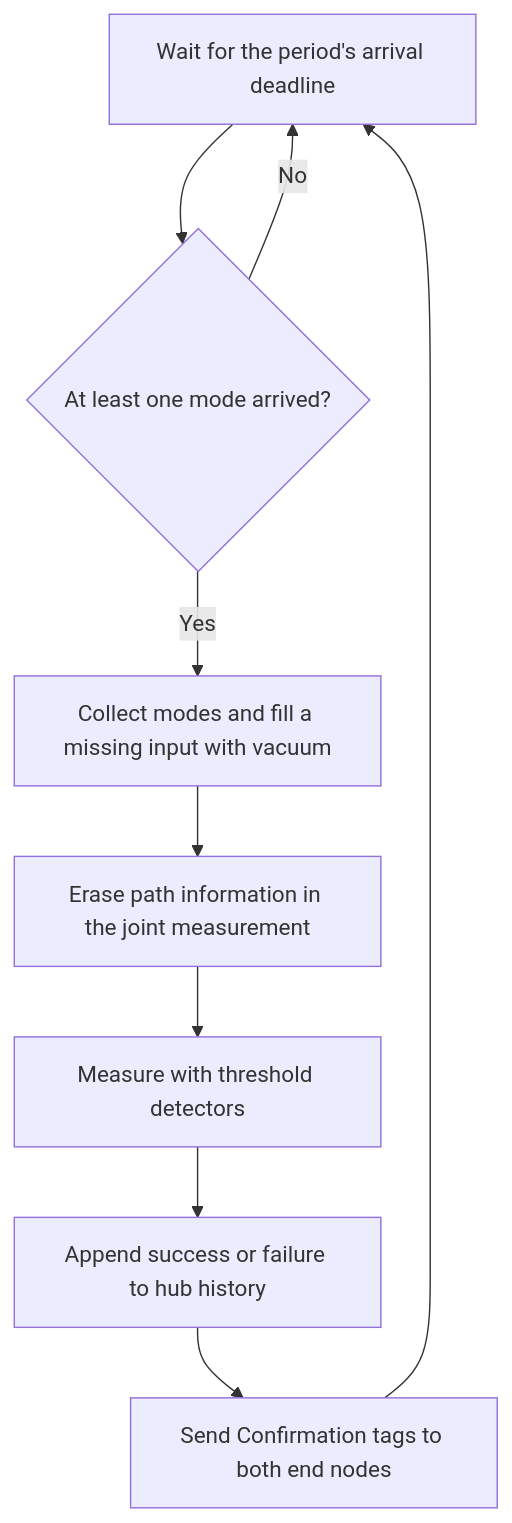
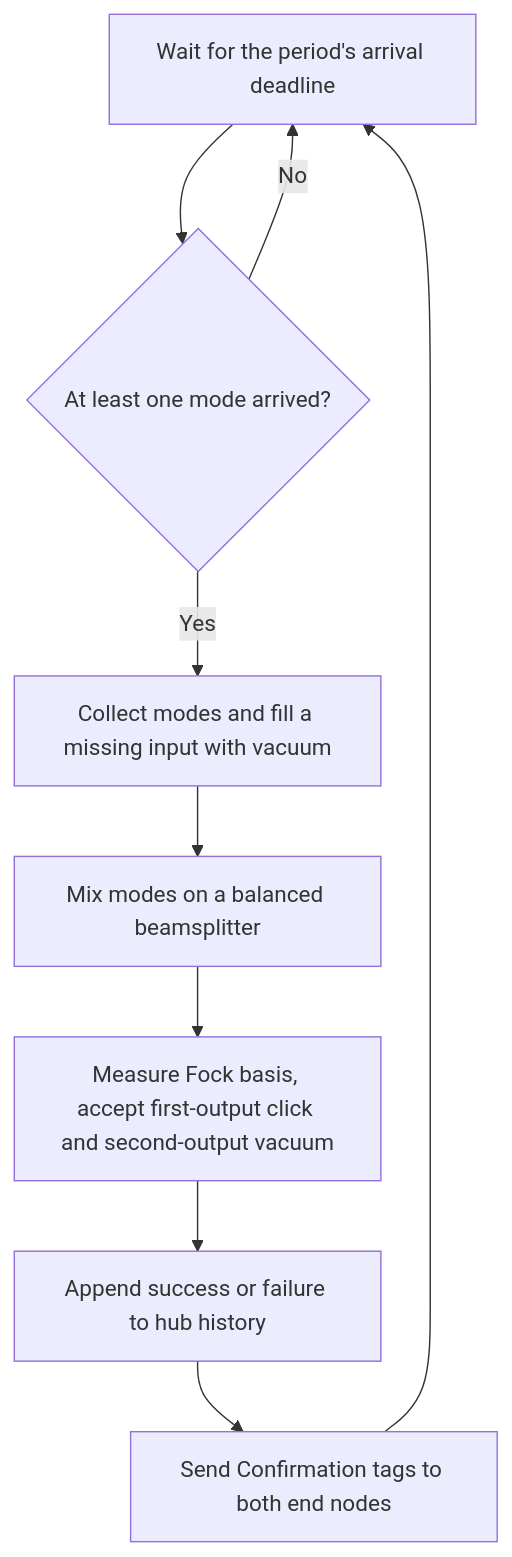
One commit to QuantumSavory/QuantumSavory.jl changed the second of 2 diagrams in examples/aspen_net/README.md. Above: the diagram before and after it, drawn with Mermaid. The commit also changed other lines of this file and 6 other files, not shown here.

````diff
--- a/examples/aspen_net/README.md
+++ b/examples/aspen_net/README.md
@@ -45,11 +52,11 @@
 ```mermaid
 flowchart TD
     Tick[Wait for the period's arrival deadline] --> Arrived{At least one mode arrived?}
     Arrived -->|No| Tick
     Arrived -->|Yes| Receive[Collect modes and fill a missing input with vacuum]
-    Receive --> Erase[Erase path information in the joint measurement]
-    Erase --> Detect[Measure with threshold detectors]
+    Receive --> Erase[Mix modes on a balanced beamsplitter]
+    Erase --> Detect[Measure Fock basis, accept first-output click and second-output vacuum]
     Detect --> Log[Append success or failure to hub history]
     Log --> Announce[Send Confirmation tags to both end nodes]
     Announce --> Tick
 ```
````
